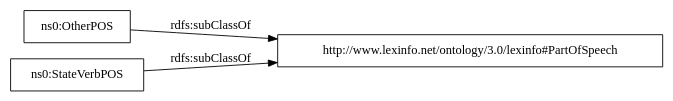
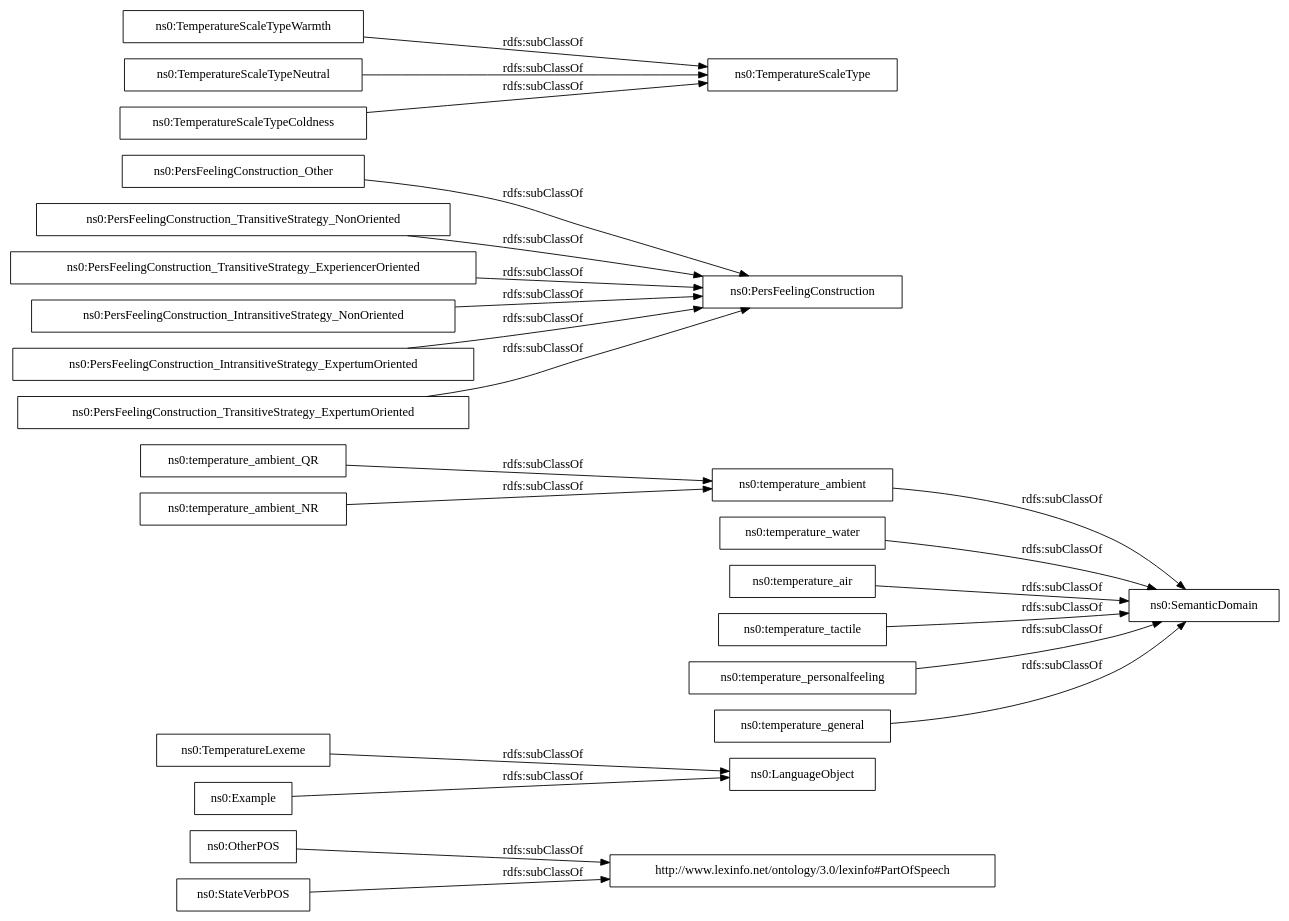
The diagram in OnToology/lingtempontology_sep07_2023.owl/diagrams/ar2dtool-taxonomy/lingtempontology_sep07_2023.owl.png.dot (susvej/lingtempontology), drawn with Graphviz before and after one commit. The commit also changed 12 other files, not shown here.

```diff
--- a/OnToology/lingtempontology_sep07_2023.owl/diagrams/ar2dtool-taxonomy/lingtempontology_sep07_2023.owl.png.dot
+++ b/OnToology/lingtempontology_sep07_2023.owl/diagrams/ar2dtool-taxonomy/lingtempontology_sep07_2023.owl.png.dot
@@ -1,8 +1,27 @@
 digraph ar2dtool_diagram { 
 rankdir=LR;
 size="1000"
-node [shape = rectangle, color="black"]; "ns0:OtherPOS" "ns0:StateVerbPOS" ; /*classes style*/
+node [shape = rectangle, color="black"]; "ns0:OtherPOS" "ns0:LanguageObject" "ns0:temperature_ambient_QR" "ns0:TemperatureLexeme" "ns0:PersFeelingConstruction_Other" "ns0:temperature_water" "ns0:temperature_air" "ns0:TemperatureScaleTypeWarmth" "ns0:temperature_tactile" "ns0:temperature_ambient_NR" "ns0:PersFeelingConstruction_TransitiveStrategy_NonOriented" "ns0:TemperatureScaleTypeNeutral" "ns0:PersFeelingConstruction_TransitiveStrategy_ExperiencerOriented" "ns0:temperature_personalfeeling" "ns0:TemperatureScaleTypeColdness" "ns0:StateVerbPOS" "ns0:TemperatureScaleType" "ns0:PersFeelingConstruction_IntransitiveStrategy_NonOriented" "ns0:SemanticDomain" "ns0:temperature_ambient" "ns0:temperature_general" "ns0:PersFeelingConstruction_IntransitiveStrategy_ExpertumOriented" "ns0:Example" "ns0:PersFeelingConstruction_TransitiveStrategy_ExpertumOriented" ; /*classes style*/
+	"ns0:PersFeelingConstruction_IntransitiveStrategy_ExpertumOriented" -> "ns0:PersFeelingConstruction" [ label = "rdfs:subClassOf" ];
+	"ns0:PersFeelingConstruction_Other" -> "ns0:PersFeelingConstruction" [ label = "rdfs:subClassOf" ];
+	"ns0:temperature_ambient_QR" -> "ns0:temperature_ambient" [ label = "rdfs:subClassOf" ];
+	"ns0:PersFeelingConstruction_TransitiveStrategy_ExperiencerOriented" -> "ns0:PersFeelingConstruction" [ label = "rdfs:subClassOf" ];
+	"ns0:PersFeelingConstruction_TransitiveStrategy_ExpertumOriented" -> "ns0:PersFeelingConstruction" [ label = "rdfs:subClassOf" ];
+	"ns0:temperature_tactile" -> "ns0:SemanticDomain" [ label = "rdfs:subClassOf" ];
+	"ns0:Example" -> "ns0:LanguageObject" [ label = "rdfs:subClassOf" ];
+	"ns0:temperature_water" -> "ns0:SemanticDomain" [ label = "rdfs:subClassOf" ];
+	"ns0:temperature_ambient_NR" -> "ns0:temperature_ambient" [ label = "rdfs:subClassOf" ];
+	"ns0:temperature_air" -> "ns0:SemanticDomain" [ label = "rdfs:subClassOf" ];
+	"ns0:TemperatureLexeme" -> "ns0:LanguageObject" [ label = "rdfs:subClassOf" ];
+	"ns0:PersFeelingConstruction_IntransitiveStrategy_NonOriented" -> "ns0:PersFeelingConstruction" [ label = "rdfs:subClassOf" ];
+	"ns0:temperature_ambient" -> "ns0:SemanticDomain" [ label = "rdfs:subClassOf" ];
+	"ns0:TemperatureScaleTypeNeutral" -> "ns0:TemperatureScaleType" [ label = "rdfs:subClassOf" ];
+	"ns0:TemperatureScaleTypeWarmth" -> "ns0:TemperatureScaleType" [ label = "rdfs:subClassOf" ];
 	"ns0:OtherPOS" -> "http://www.lexinfo.net/ontology/3.0/lexinfo#PartOfSpeech" [ label = "rdfs:subClassOf" ];
 	"ns0:StateVerbPOS" -> "http://www.lexinfo.net/ontology/3.0/lexinfo#PartOfSpeech" [ label = "rdfs:subClassOf" ];
+	"ns0:temperature_personalfeeling" -> "ns0:SemanticDomain" [ label = "rdfs:subClassOf" ];
+	"ns0:PersFeelingConstruction_TransitiveStrategy_NonOriented" -> "ns0:PersFeelingConstruction" [ label = "rdfs:subClassOf" ];
+	"ns0:temperature_general" -> "ns0:SemanticDomain" [ label = "rdfs:subClassOf" ];
+	"ns0:TemperatureScaleTypeColdness" -> "ns0:TemperatureScaleType" [ label = "rdfs:subClassOf" ];
 
 }
```
